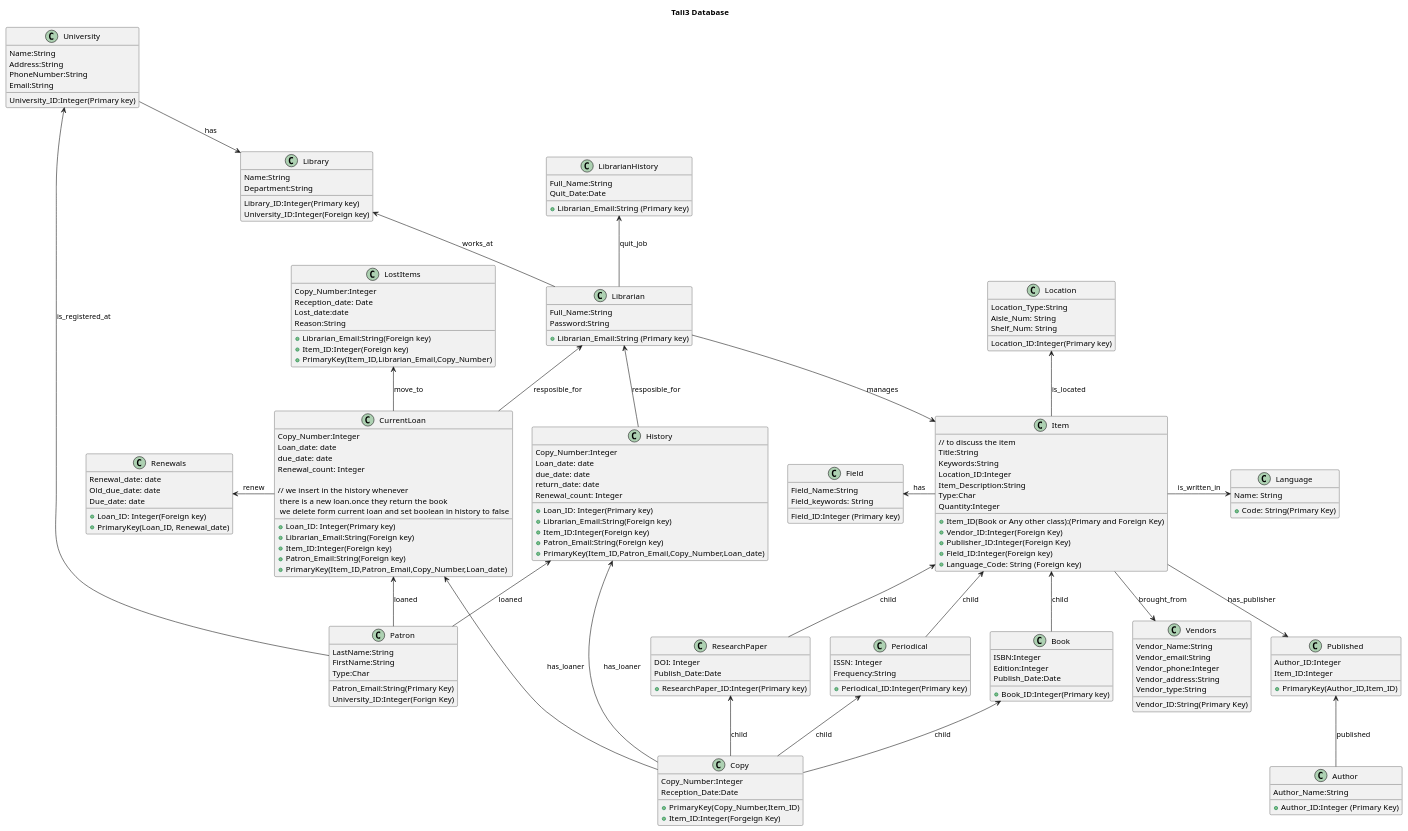
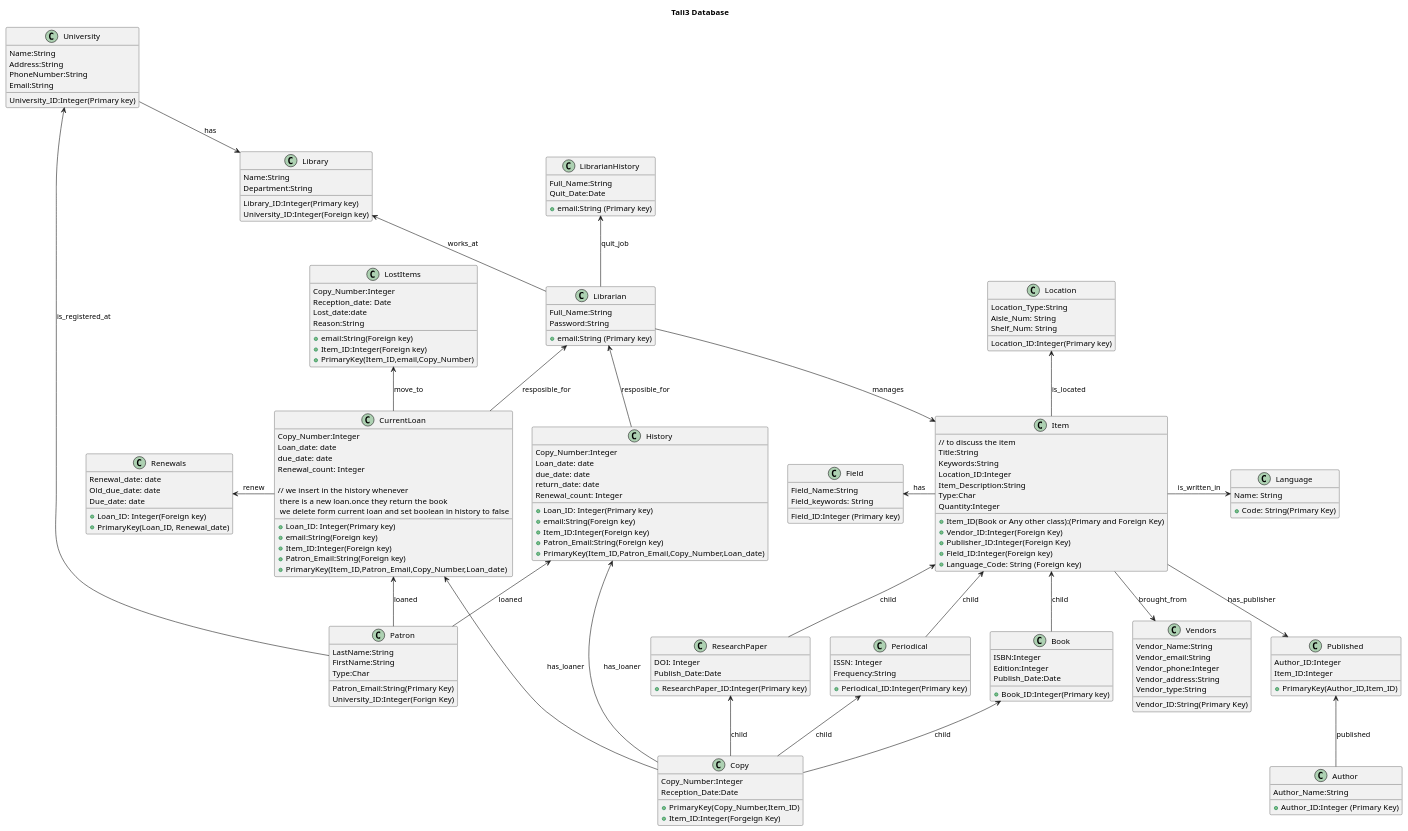
One commit to Team-G4-15/Tali3 changed the diagram in database/schema.puml. Above: the diagram before and after it, drawn with PlantUML. The commit also changed 33 other files, not shown here.

```diff
--- a/database/schema.puml
+++ b/database/schema.puml
@@ -18,7 +18,7 @@
 }
 
 class Librarian{
-  + Librarian_Email:String (Primary key)
+  + email:String (Primary key)
   Full_Name:String
   Password:String
 }
@@ -99,7 +99,7 @@
 
 class CurrentLoan{
   + Loan_ID: Integer(Primary key)
-  + Librarian_Email:String(Foreign key)
+  + email:String(Foreign key)
   + Item_ID:Integer(Foreign key)
   + Patron_Email:String(Foreign key)
   Copy_Number:Integer
@@ -113,7 +113,7 @@
 
 class History{
   + Loan_ID: Integer(Primary key)
-  + Librarian_Email:String(Foreign key)
+  + email:String(Foreign key)
   + Item_ID:Integer(Foreign key)
   + Patron_Email:String(Foreign key)
   Copy_Number:Integer
@@ -133,13 +133,13 @@
 }
 
 class LostItems{
-  + Librarian_Email:String(Foreign key)
+  + email:String(Foreign key)
   + Item_ID:Integer(Foreign key)
   Copy_Number:Integer
   Reception_date: Date
   Lost_date:date
   Reason:String
-  + PrimaryKey(Item_ID,Librarian_Email,Copy_Number)
+  + PrimaryKey(Item_ID,email,Copy_Number)
 }
 
 class Location{
@@ -162,7 +162,7 @@
 }
 
 class LibrarianHistory{
-  + Librarian_Email:String (Primary key)
+  + email:String (Primary key)
   Full_Name:String
   Quit_Date:Date
 }
```
